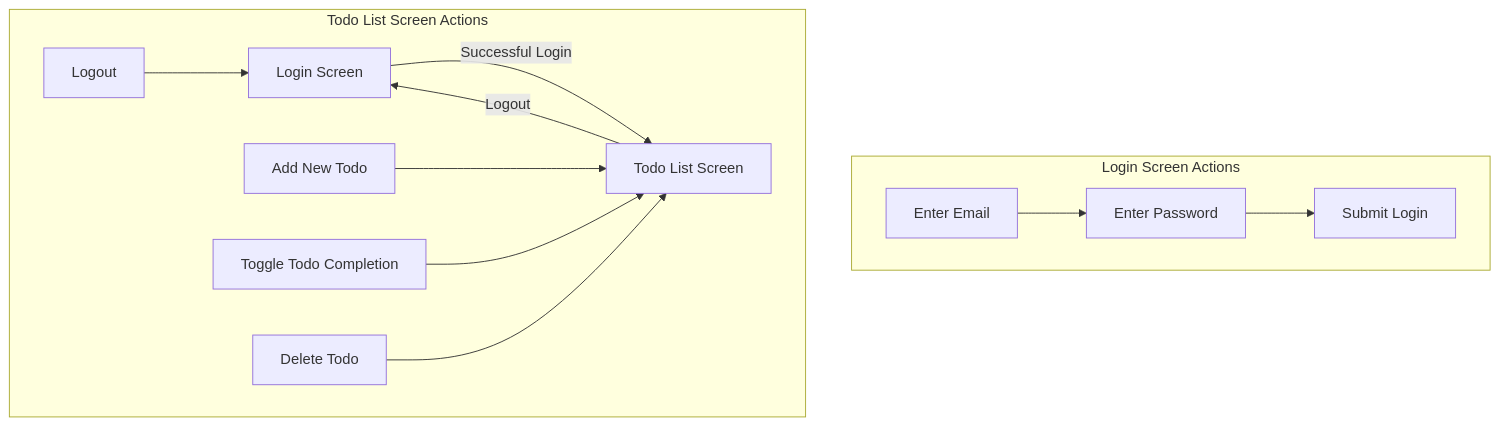
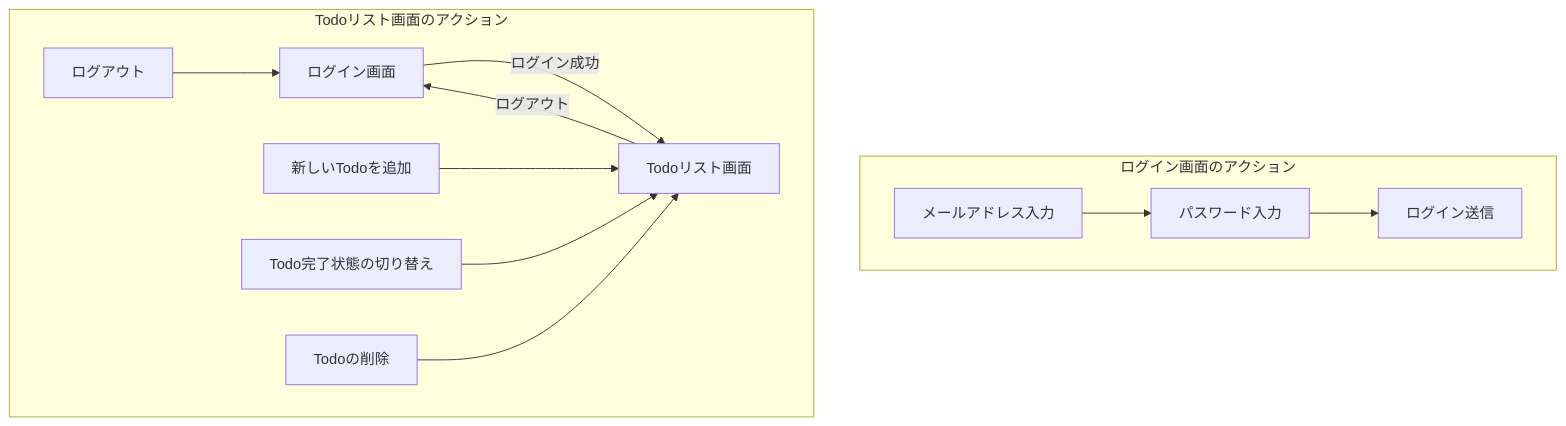
Before and after one commit to masakaya/learn-angular-redux-sample: the first of 2 diagrams in README.md, drawn with Mermaid. The commit also changed other lines of this file and 16 other files, not shown here.

````diff
--- a/README.md
+++ b/README.md
@@ -7,16 +7,16 @@
 ```mermaid
 graph TD
-    A[Login Screen] -->|Successful Login| B[Todo List Screen]
-    B -->|Logout| A
+    A[ログイン画面] -->|ログイン成功| B[Todoリスト画面]
+    B -->|ログアウト| A
 
-    subgraph "Login Screen Actions"
-    A1[Enter Email] --> A2[Enter Password] --> A3[Submit Login]
+    subgraph "ログイン画面のアクション"
+    A1[メールアドレス入力] --> A2[パスワード入力] --> A3[ログイン送信]
     end
 
-    subgraph "Todo List Screen Actions"
-    B1[Add New Todo] --> B
-    B2[Toggle Todo Completion] --> B
-    B3[Delete Todo] --> B
-    B4[Logout] --> A
+    subgraph "Todoリスト画面のアクション"
+    B1[新しいTodoを追加] --> B
+    B2[Todo完了状態の切り替え] --> B
+    B3[Todoの削除] --> B
+    B4[ログアウト] --> A
     end
 ```
````
